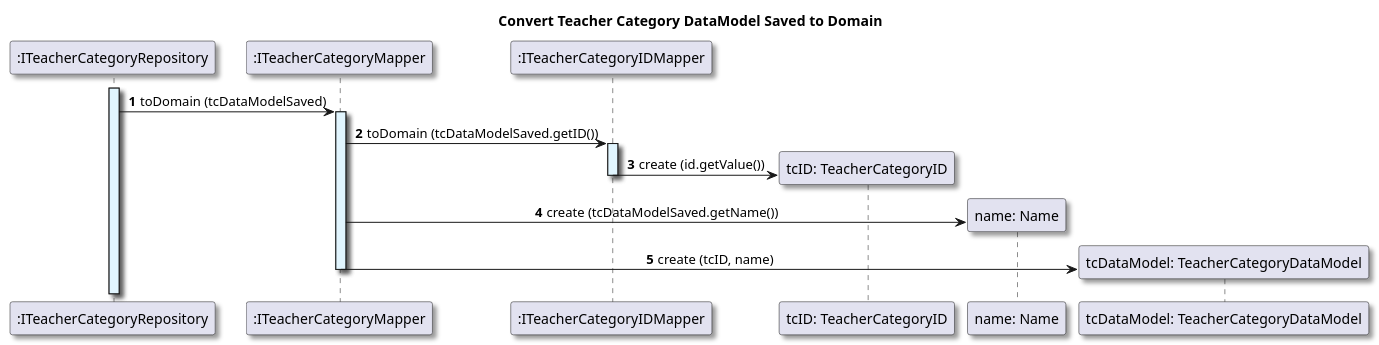
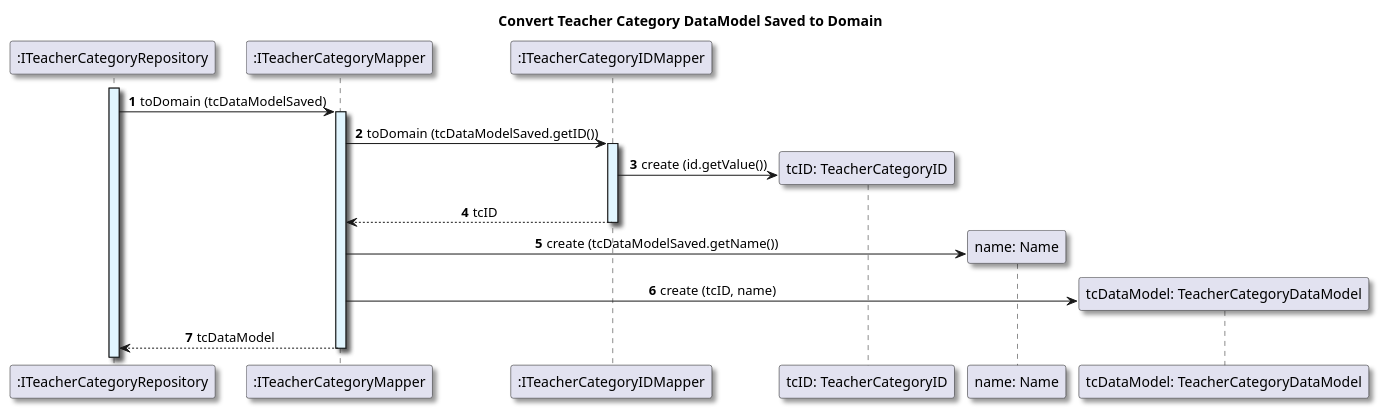
One commit to GasparISEP/DevOps-PAI changed the diagram in docs/US01/Sprint6_RestAPI/ProcessView/References/US01_convertTeacherCategorySavedDataModeltoDomain.puml. Above: the diagram before and after it, drawn with PlantUML. The commit also changed 2 other files, not shown here.

Commit message:
feat (diagram): Create reference to process view at level 3 diagram (#532, #541)

```diff
--- a/docs/US01/Sprint6_RestAPI/ProcessView/References/US01_convertTeacherCategorySavedDataModeltoDomain.puml
+++ b/docs/US01/Sprint6_RestAPI/ProcessView/References/US01_convertTeacherCategorySavedDataModeltoDomain.puml
@@ -1,36 +1,39 @@
 @startuml
 
 title Convert Teacher Category DataModel Saved to Domain
 
 autonumber
 skinparam {
   ActivityPadding 2
   ActivityMargin 2
   BoxPadding 2
 }
 skinparam defaultTextAlignment center
 skinparam shadowing true
 
 participant ":ITeacherCategoryRepository" as ITeacherCategoryRepository
 
 activate ITeacherCategoryRepository #E1F5FE
 participant ":ITeacherCategoryMapper" as tcMapper
 ITeacherCategoryRepository -> tcMapper: toDomain (tcDataModelSaved)
 activate tcMapper #E1F5FE
 
 participant ":ITeacherCategoryIDMapper" as tcIDMapper
 tcMapper -> tcIDMapper: toDomain (tcDataModelSaved.getID())
 activate tcIDMapper #E1F5FE
 create "tcID: TeacherCategoryID"
 tcIDMapper -> "tcID: TeacherCategoryID": create (id.getValue())
+tcIDMapper --> tcMapper: tcID
 deactivate tcIDMapper
 
 create "name: Name"
 tcMapper -> "name: Name": create (tcDataModelSaved.getName())
 
 create "tcDataModel: TeacherCategoryDataModel"
 tcMapper -> "tcDataModel: TeacherCategoryDataModel": create (tcID, name)
+
+tcMapper --> ITeacherCategoryRepository: tcDataModel
 deactivate tcMapper
 deactivate tcMapper
 
 @enduml
```
